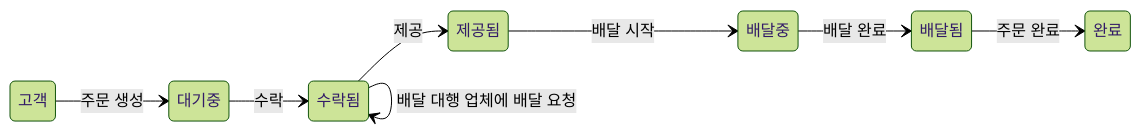
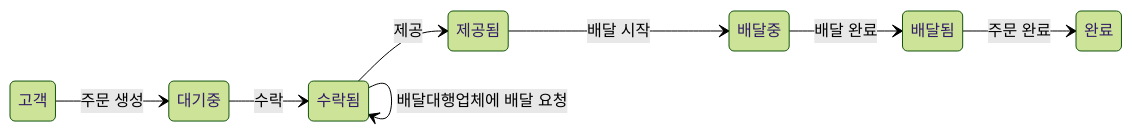
One commit to mj950425/ddd-strategic-design changed the third of 7 diagrams in README.md. Above: the diagram before and after it, drawn with Mermaid (forest theme). The commit also changed other lines of this file, not shown here.

````diff
--- a/README.md
+++ b/README.md
@@ -391,11 +398,11 @@
 ```mermaid
 stateDiagram-v2
     direction LR
     고객 --> 대기중: 주문 생성
     대기중 --> 수락됨: 수락
-    수락됨 --> 수락됨: 배달 대행 업체에 배달 요청
+    수락됨 --> 수락됨: 배달대행업체에 배달 요청
     수락됨 --> 제공됨: 제공
     제공됨 --> 배달중: 배달 시작
     배달중 --> 배달됨: 배달 완료
     배달됨 --> 완료: 주문 완료
 ```
````
